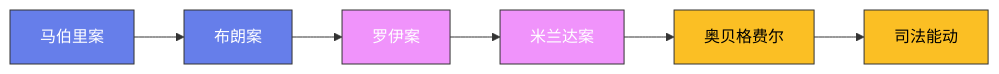
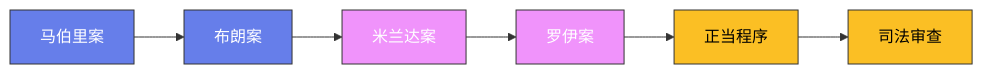
One commit to Fengur/Fengur.github.io changed the diagram in content/posts/ModelCreate/法学与法律/15-经典判例.md. Above: the diagram before and after it, drawn with Mermaid. The commit also changed other lines of this file and 118 other files, not shown here.

````diff
--- a/content/posts/ModelCreate/法学与法律/15-经典判例.md
+++ b/content/posts/ModelCreate/法学与法律/15-经典判例.md
@@ -45,16 +49,16 @@
 ```mermaid
 graph LR
     A["马伯里案"] --> B["布朗案"]
-    B --> C["罗伊案"]
-    C --> D["米兰达案"]
-    D --> E["奥贝格费尔"]
-    E --> F["司法能动"]
+    B --> C["米兰达案"]
+    C --> D["罗伊案"]
+    D --> E["正当程序"]
+    E --> F["司法审查"]
 
     classDef early fill:#667eea,stroke:#333,color:white
     classDef mid fill:#f093fb,stroke:#333,color:white
     classDef modern fill:#fbbf24,stroke:#333,color:black
 
     class A,B early
     class C,D mid
     class E,F modern
 ```
````
